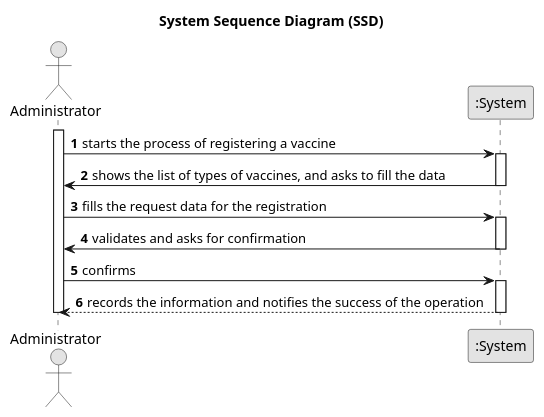
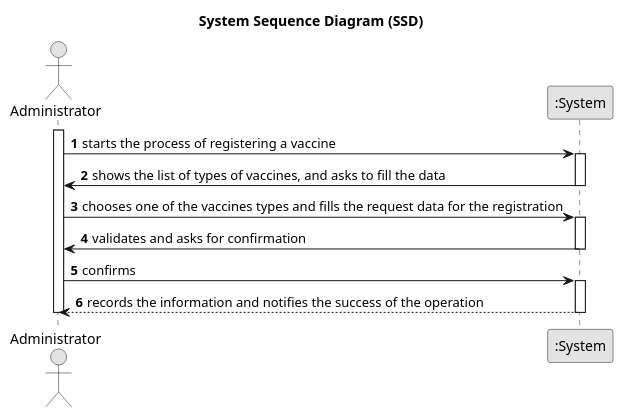
Before and after one commit to rafaafig/SnsTrab: the diagram in sns-base/doc/global/user-story/puml/US011-SSD.puml, drawn with PlantUML.

Commit message:
new update to puml US011

```diff
--- a/sns-base/doc/global/user-story/puml/US011-SSD.puml
+++ b/sns-base/doc/global/user-story/puml/US011-SSD.puml
@@ -1,30 +1,30 @@
 @startuml
 skinparam monochrome true
 skinparam packageStyle rectangle
 skinparam shadowing false
 
 title System Sequence Diagram (SSD)
 
 autonumber
 
 actor Administrator
 participant ":System" as System
 
 activate Administrator
     Administrator -> System : starts the process of registering a vaccine
 activate System
     System -> Administrator : shows the list of types of vaccines, and asks to fill the data
 deactivate System
 
-     Administrator -> System : fills the request data for the registration
+     Administrator -> System : chooses one of the vaccines types and fills the request data for the registration
 activate System
     System -> Administrator : validates and asks for confirmation
 deactivate System
 
 Administrator -> System : confirms
 activate System
     System --> Administrator : records the information and notifies the success of the operation
 deactivate System
 deactivate Administrator
 
 @enduml
```
